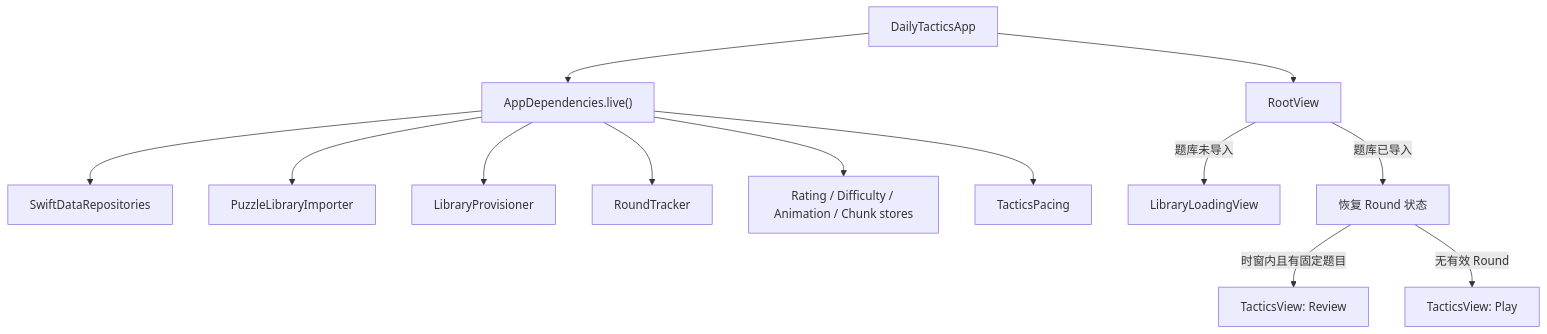
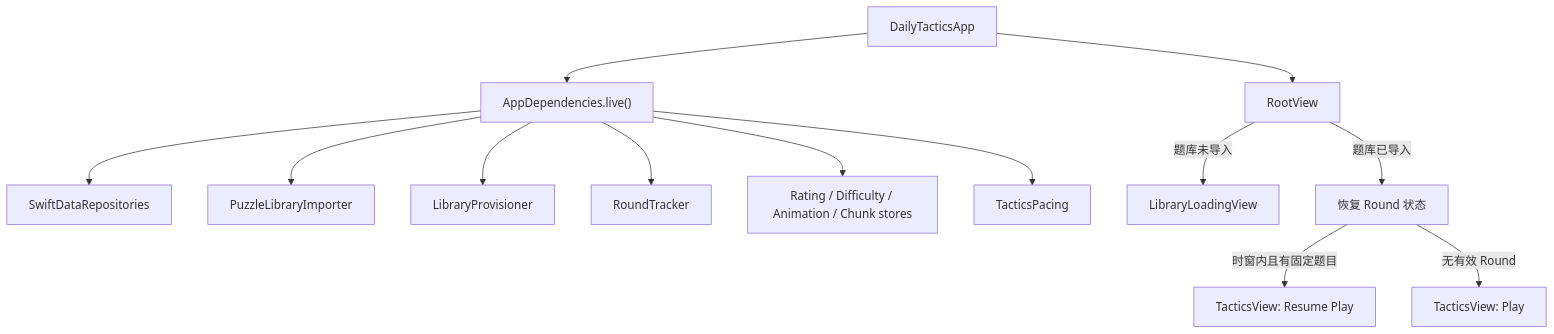
One commit to MoseDien/Tactics changed the second of 7 diagrams in docs/arch/ARCHITECTURE.md. Above: the diagram before and after it, drawn with Mermaid. The commit also changed 16 other files, not shown here.

````diff
--- a/docs/arch/ARCHITECTURE.md
+++ b/docs/arch/ARCHITECTURE.md
@@ -94,15 +94,15 @@
 ```mermaid
 flowchart TD
     Entry["DailyTacticsApp"] --> DI["AppDependencies.live()"]
     DI --> Repo["SwiftDataRepositories"]
     DI --> Importer["PuzzleLibraryImporter"]
     DI --> Provisioner["LibraryProvisioner"]
     DI --> Round["RoundTracker"]
     DI --> Defaults["Rating / Difficulty / Animation / Chunk stores"]
     DI --> Pace["TacticsPacing"]
     Entry --> Root["RootView"]
     Root -->|"题库未导入"| Loading["LibraryLoadingView"]
     Root -->|"题库已导入"| Restore["恢复 Round 状态"]
-    Restore -->|"时窗内且有固定题目"| Review["TacticsView: Review"]
+    Restore -->|"时窗内且有固定题目"| Resume["TacticsView: Resume Play"]
     Restore -->|"无有效 Round"| Play["TacticsView: Play"]
 ```
````
